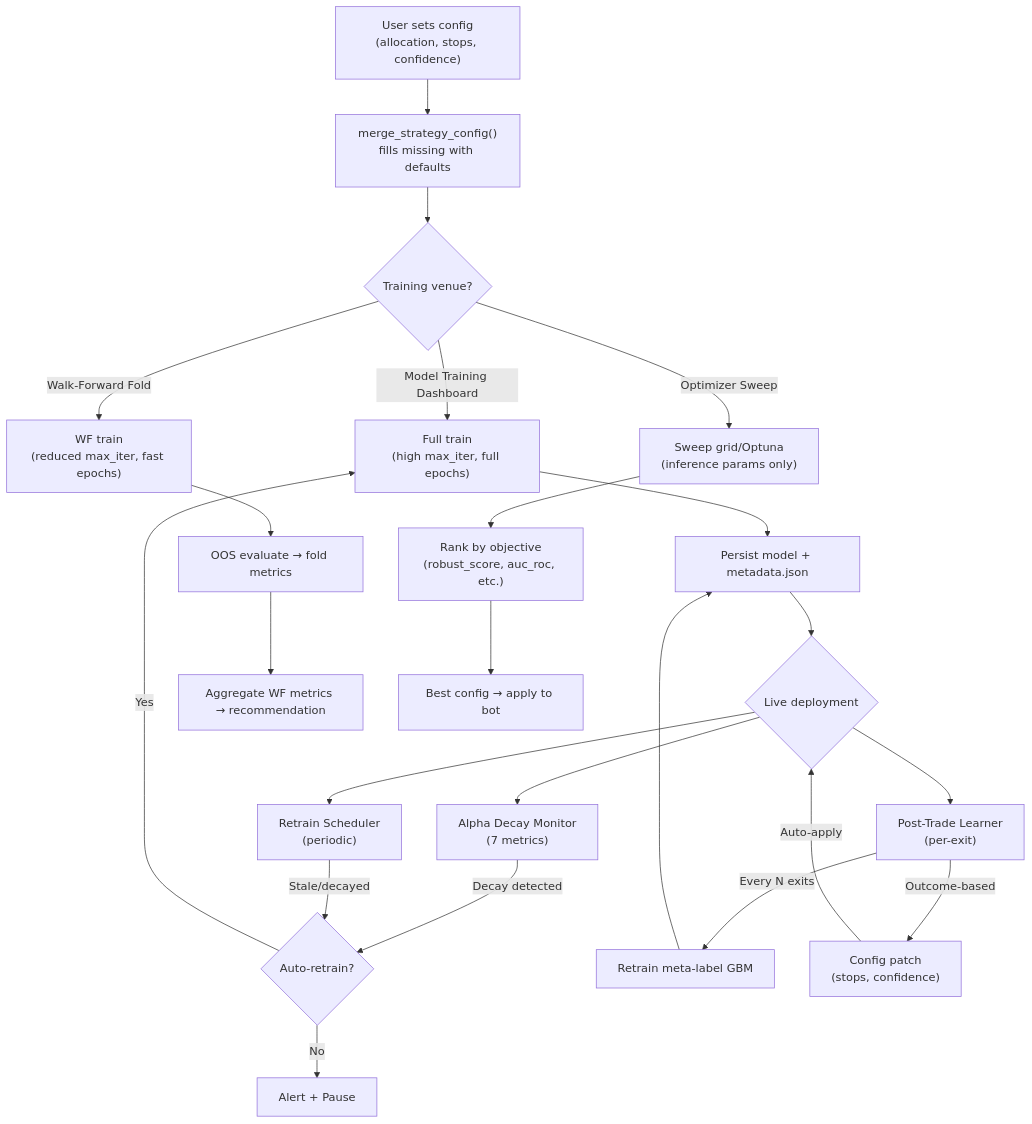
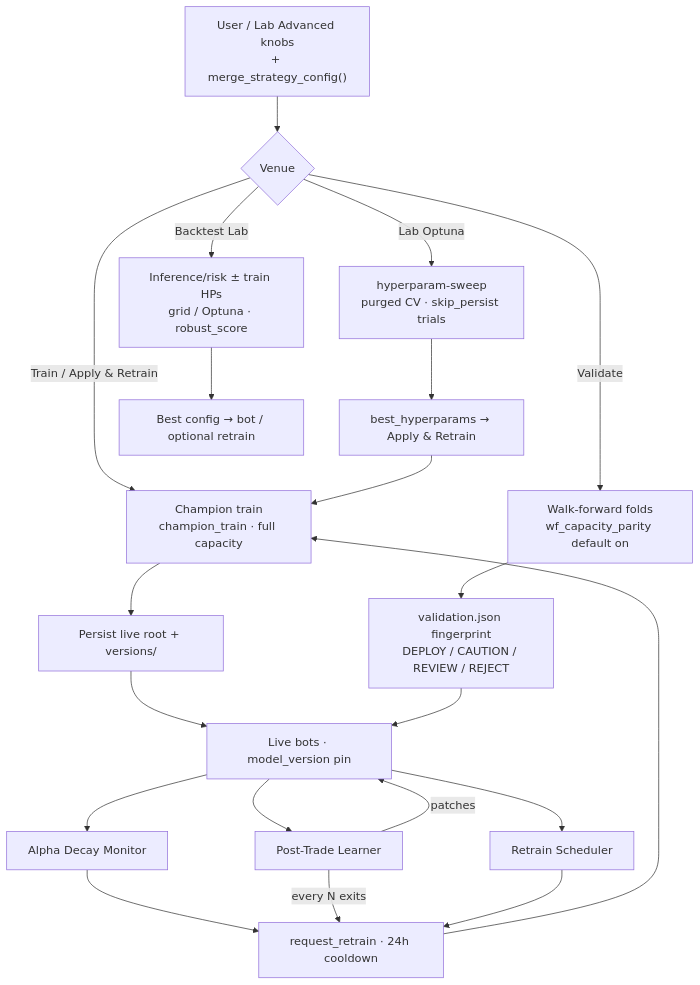
Before and after one commit to Dhim001/Antigravity-Trading-Terminal-2: the diagram in docs/ml_parameter_tuning_report.md, drawn with Mermaid. The commit also changed other lines of this file and 126 other files, not shown here.

First line of the commit message:
feat: enhance bot logging and improve ML strategy handling

````diff
--- a/docs/ml_parameter_tuning_report.md
+++ b/docs/ml_parameter_tuning_report.md
@@ -203,31 +247,28 @@
 ```mermaid
 graph TD
-    A["User sets config<br/>(allocation, stops, confidence)"] --> B["merge_strategy_config()<br/>fills missing with defaults"]
-    B --> C{"Training venue?"}
+    A["User / Lab Advanced knobs<br/>+ merge_strategy_config()"] --> B{"Venue"}
 
-    C -->|Model Training Dashboard| D["Full train<br/>(high max_iter, full epochs)"]
-    C -->|Walk-Forward Fold| E["WF train<br/>(reduced max_iter, fast epochs)"]
-    C -->|Optimizer Sweep| F["Sweep grid/Optuna<br/>(inference params only)"]
+    B -->|Train / Apply & Retrain| C["Champion train<br/>champion_train · full capacity"]
+    B -->|Validate| D["Walk-forward folds<br/>wf_capacity_parity default on"]
+    B -->|Lab Optuna| E["hyperparam-sweep<br/>purged CV · skip_persist trials"]
+    B -->|Backtest Lab| F["Inference/risk ± train HPs<br/>grid / Optuna · robust_score"]
 
-    D --> G["Persist model + metadata.json"]
-    E --> H["OOS evaluate → fold metrics"]
-    F --> I["Rank by objective<br/>(robust_score, auc_roc, etc.)"]
+    C --> G["Persist live root + versions/"]
+    D --> H["validation.json fingerprint<br/>DEPLOY / CAUTION / REVIEW / REJECT"]
+    E --> I["best_hyperparams → Apply & Retrain"]
+    F --> J["Best config → bot / optional retrain"]
 
-    G --> J{"Live deployment"}
-    H --> K["Aggregate WF metrics → recommendation"]
-    I --> L["Best config → apply to bot"]
+    G --> K["Live bots · model_version pin"]
+    H --> K
+    I --> C
 
-    J --> M["Alpha Decay Monitor<br/>(7 metrics)"]
-    J --> N["Post-Trade Learner<br/>(per-exit)"]
-    J --> O["Retrain Scheduler<br/>(periodic)"]
+    K --> L["Alpha Decay Monitor"]
+    K --> M["Post-Trade Learner"]
+    K --> N["Retrain Scheduler"]
 
-    M -->|"Decay detected"| P{"Auto-retrain?"}
-    N -->|"Every N exits"| Q["Retrain meta-label GBM"]
-    N -->|"Outcome-based"| R["Config patch<br/>(stops, confidence)"]
-    O -->|"Stale/decayed"| P
-
-    P -->|Yes| D
-    P -->|No| S["Alert + Pause"]
-    Q --> G
-    R -->|"Auto-apply"| J
+    L --> O["request_retrain · 24h cooldown"]
+    M -->|"patches"| K
+    M -->|"every N exits"| O
+    N --> O
+    O --> C
 ```
````
